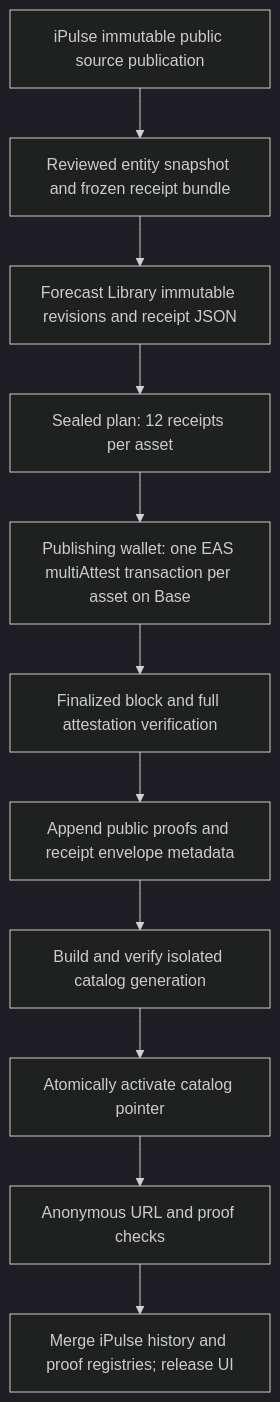
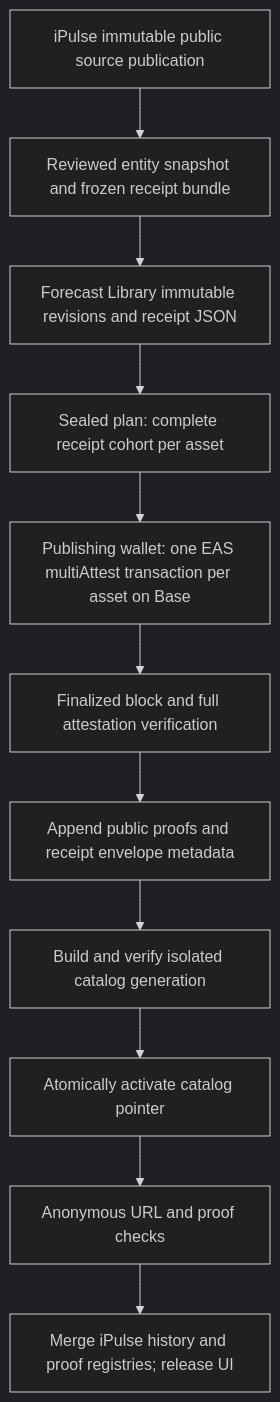
The diagram in PUBLICATION_GUIDE.md (TheFutureEdge/open-forecast-receipt), drawn with Mermaid (dark theme) before and after one commit. The commit also changed other lines of this file and 7 other files, not shown here.

Commit message:
Recover schema registration reads and clarify grouped publication

````diff
--- a/PUBLICATION_GUIDE.md
+++ b/PUBLICATION_GUIDE.md
@@ -28,13 +39,13 @@
 ```mermaid
 flowchart TD
   A[iPulse immutable public source publication] --> B[Reviewed entity snapshot and frozen receipt bundle]
   B --> C[Forecast Library immutable revisions and receipt JSON]
-  C --> D[Sealed plan: 12 receipts per asset]
+  C --> D[Sealed plan: complete receipt cohort per asset]
   D --> E[Publishing wallet: one EAS multiAttest transaction per asset on Base]
   E --> F[Finalized block and full attestation verification]
   F --> G[Append public proofs and receipt envelope metadata]
   G --> H[Build and verify isolated catalog generation]
   H --> I[Atomically activate catalog pointer]
   I --> J[Anonymous URL and proof checks]
   J --> K[Merge iPulse history and proof registries; release UI]
 ```
````
